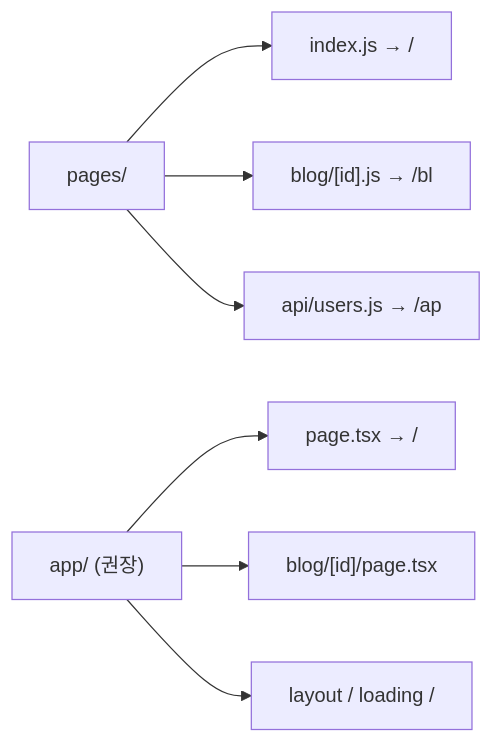
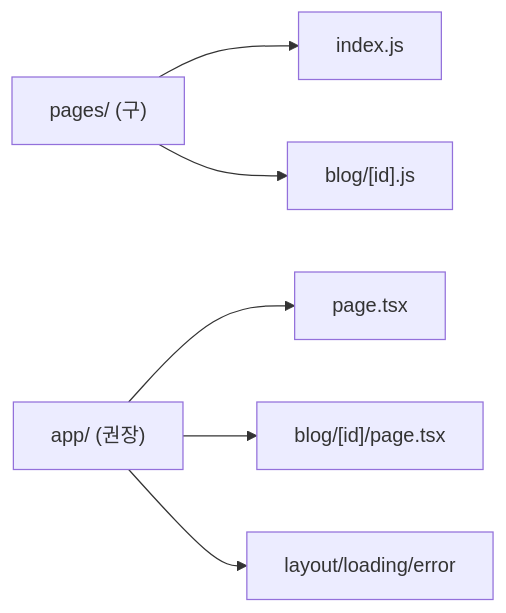
The second of 6 diagrams in _posts/frontend/2026-05-02-nextjs-fundamentals.md (yjkim2015/yjkim2015.github.io), drawn with Mermaid before and after one commit. The commit also changed 163 other files, not shown here.

First line of the commit message:
Mermaid 300개 블록 내용 축소: 5노드 5엣지 이하, 의미 있는 약어

````diff
--- a/_posts/frontend/2026-05-02-nextjs-fundamentals.md
+++ b/_posts/frontend/2026-05-02-nextjs-fundamentals.md
@@ -48,9 +48,8 @@
 ```mermaid
 graph LR
-    PR["pages/"] --> PI["index.js → /"]
-    PR --> PB["blog/[id].js → /bl"]
-    PR --> PA["api/users.js → /ap"]
-    AR["app/ (권장)"] --> AI["page.tsx → /"]
+    PR["pages/ (구)"] --> PI["index.js"]
+    PR --> PB["blog/[id].js"]
+    AR["app/ (권장)"] --> AI["page.tsx"]
     AR --> AB["blog/[id]/page.tsx"]
-    AR --> ARO["layout / loading /"]
+    AR --> ARO["layout/loading/error"]
 ```
````
